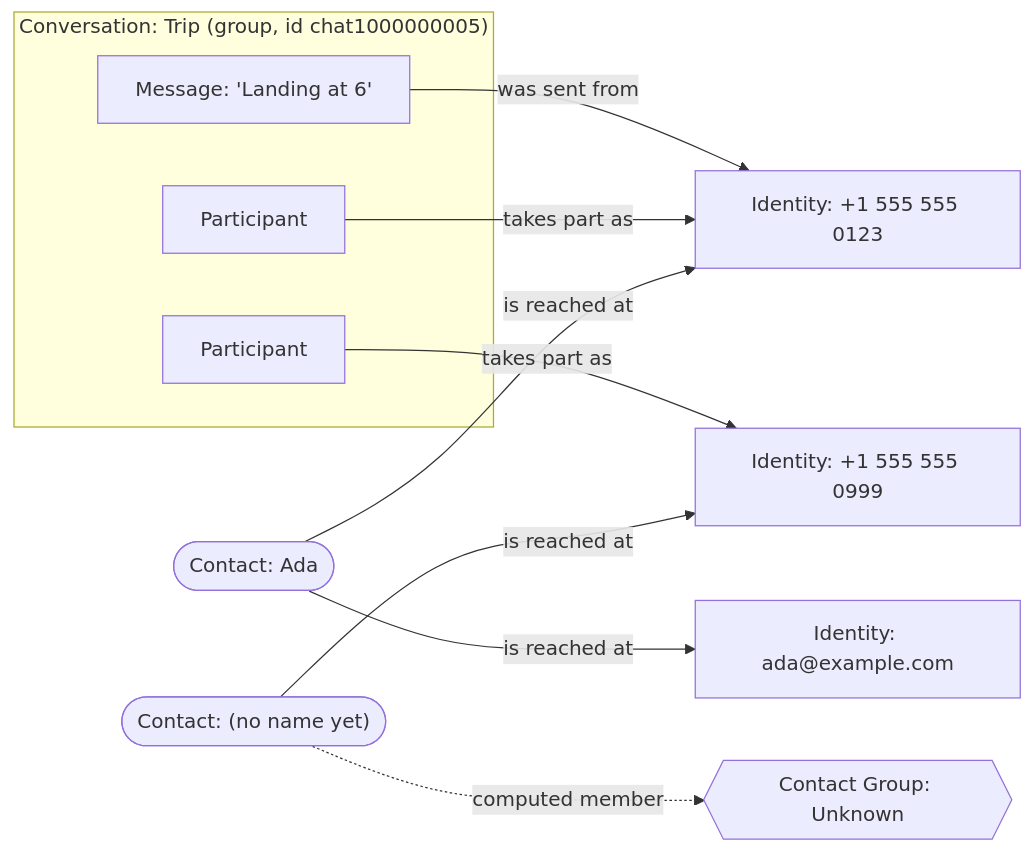
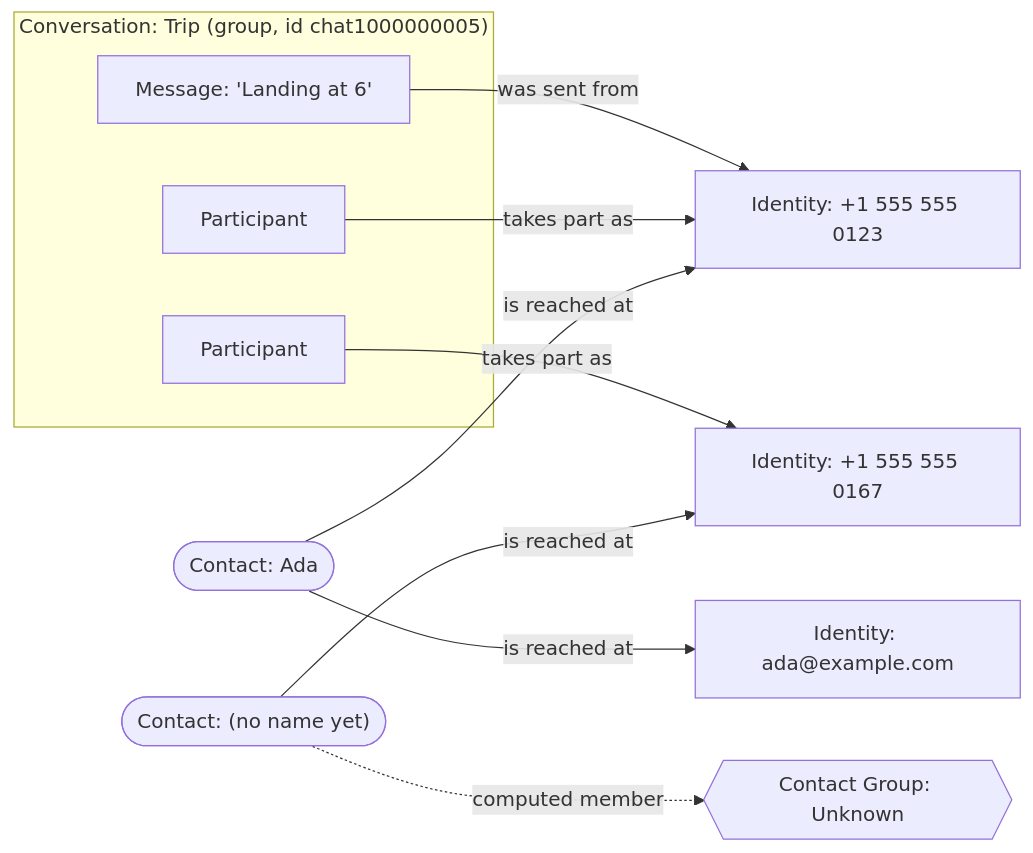
Before and after one commit to bitrealm-io/message-vault: the second of 2 diagrams in docs/architecture/contacts-identities-and-messages.md, drawn with Mermaid. The commit also changed other lines of this file and 110 other files, not shown here.

````diff
--- a/docs/architecture/contacts-identities-and-messages.md
+++ b/docs/architecture/contacts-identities-and-messages.md
@@ -375,22 +375,22 @@
 ```mermaid
 flowchart LR
     subgraph conv["Conversation: Trip (group, id chat1000000005)"]
         m1["Message: 'Landing at 6'"]
         p1["Participant"]
         p2["Participant"]
     end
     i1["Identity: +1 555 555 0123"]
     i2["Identity: ada@example.com"]
-    i3["Identity: +1 555 555 0999"]
+    i3["Identity: +1 555 555 0167"]
     c1(["Contact: Ada"])
     c2(["Contact: (no name yet)"])
     g1{{"Contact Group: Unknown"}}
 
     m1 -- "was sent from" --> i1
     p1 -- "takes part as" --> i1
     p2 -- "takes part as" --> i3
     c1 -- "is reached at" --> i1
     c1 -- "is reached at" --> i2
     c2 -- "is reached at" --> i3
     c2 -. "computed member" .-> g1
 ```
````
